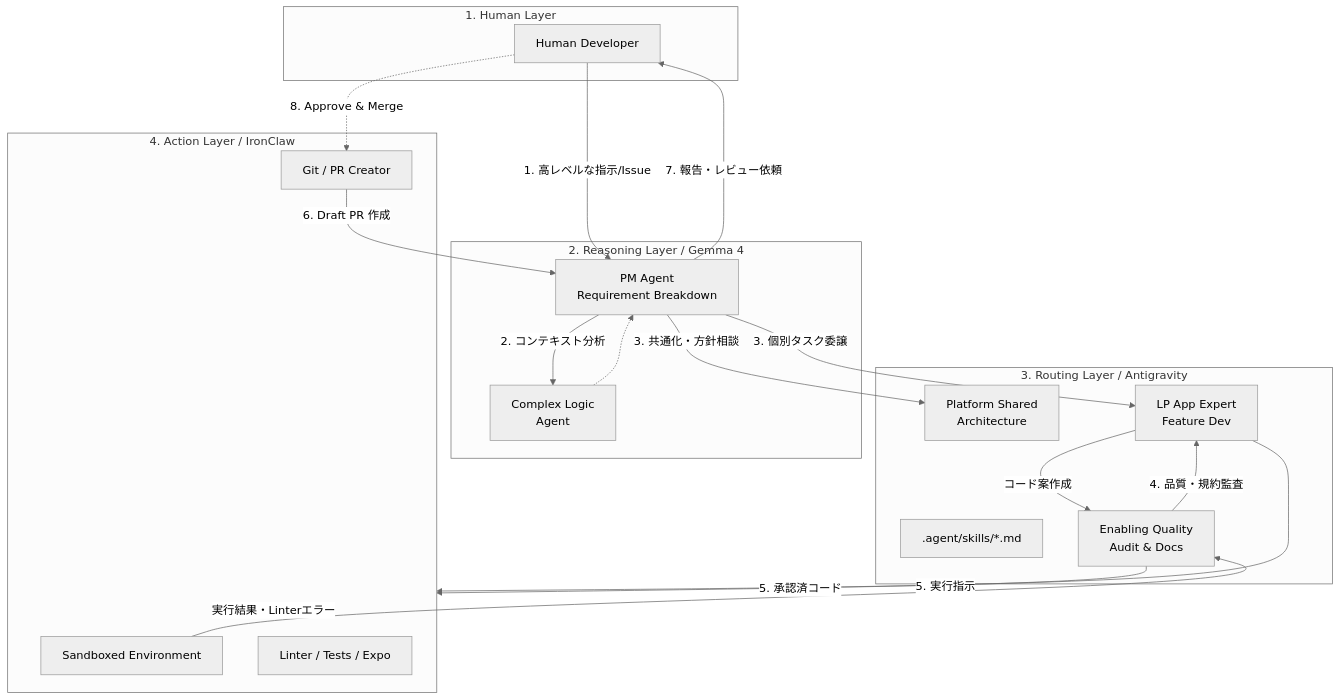
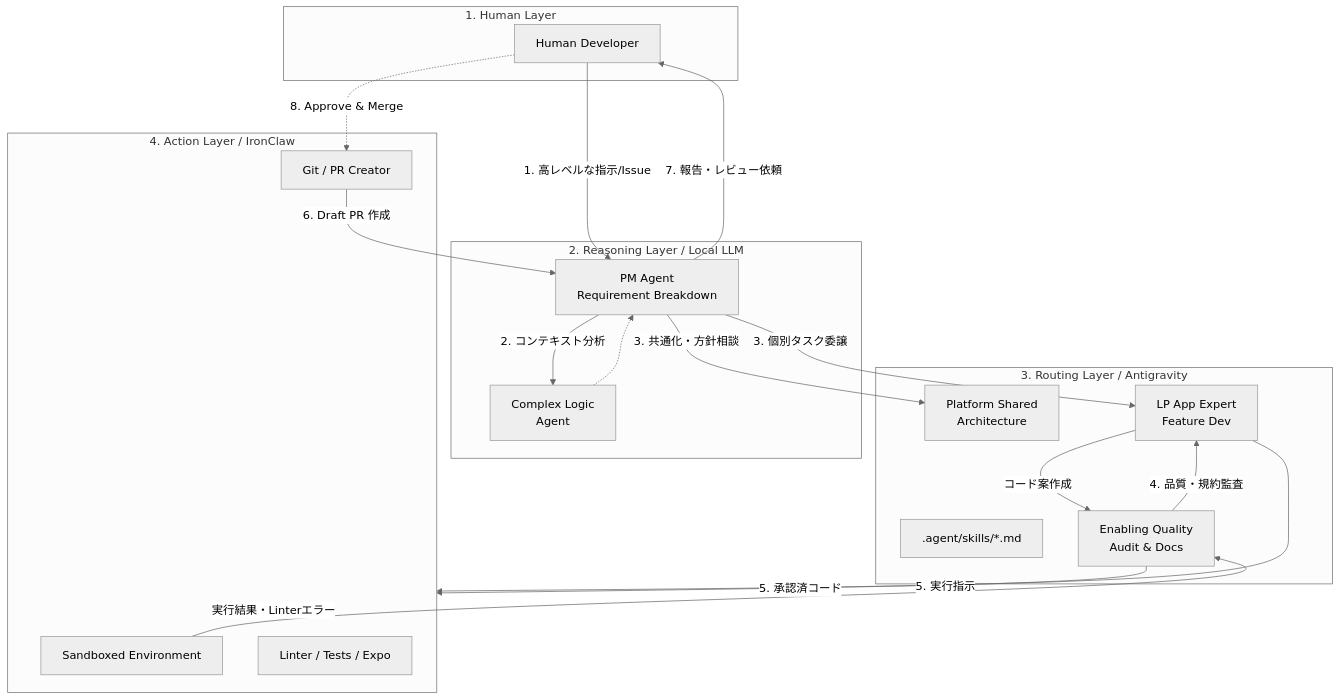
The diagram in docs/architecture/autonomous_system.md (yama-0t0k0/forAgent), drawn with Mermaid (neutral theme) before and after one commit. The commit also changed other lines of this file and 11 other files, not shown here.

````diff
--- a/docs/architecture/autonomous_system.md
+++ b/docs/architecture/autonomous_system.md
@@ -38,45 +41,45 @@
 ```mermaid
 graph TD
     %% レイヤー定義
     subgraph Human[1. Human Layer]
         User[Human Developer]
     end
 
-    subgraph Reasoning[2. Reasoning Layer / Gemma 4]
+    subgraph Reasoning[2. Reasoning Layer / Local LLM]
         PM[PM Agent<br/>Requirement Breakdown]
         Complex[Complex Logic<br/>Agent]
     end
 
     subgraph Routing[3. Routing Layer / Antigravity]
         SkillDir[.agent/skills/*.md]
         Enabling[Enabling Quality<br/>Audit & Docs]
         Shared[Platform Shared<br/>Architecture]
         AppExp[LP App Expert<br/>Feature Dev]
     end
 
     subgraph Action[4. Action Layer / IronClaw]
         Sandbox[Sandboxed Environment]
         Git[Git / PR Creator]
         Tools[Linter / Tests / Expo]
     end
 
     %% データフロー
     User -- "1. 高レベルな指示/Issue" --> PM
     PM -- "2. コンテキスト分析" --> Complex
     Complex -.-> PM
     
     PM -- "3. 個別タスク委譲" --> AppExp
     PM -- "3. 共通化・方針相談" --> Shared
     
     AppExp -- "コード案作成" --> Enabling
     Enabling -- "4. 品質・規約監査" --> AppExp
     
     Enabling -- "5. 承認済コード" --> Action
     AppExp -- "5. 実行指示" --> Action
     
     Sandbox -- "実行結果・Linterエラー" --> Enabling
     Git -- "6. Draft PR 作成" --> PM
     
     PM -- "7. 報告・レビュー依頼" --> User
     User -. "8. Approve & Merge" .-> Git
 ```
````
